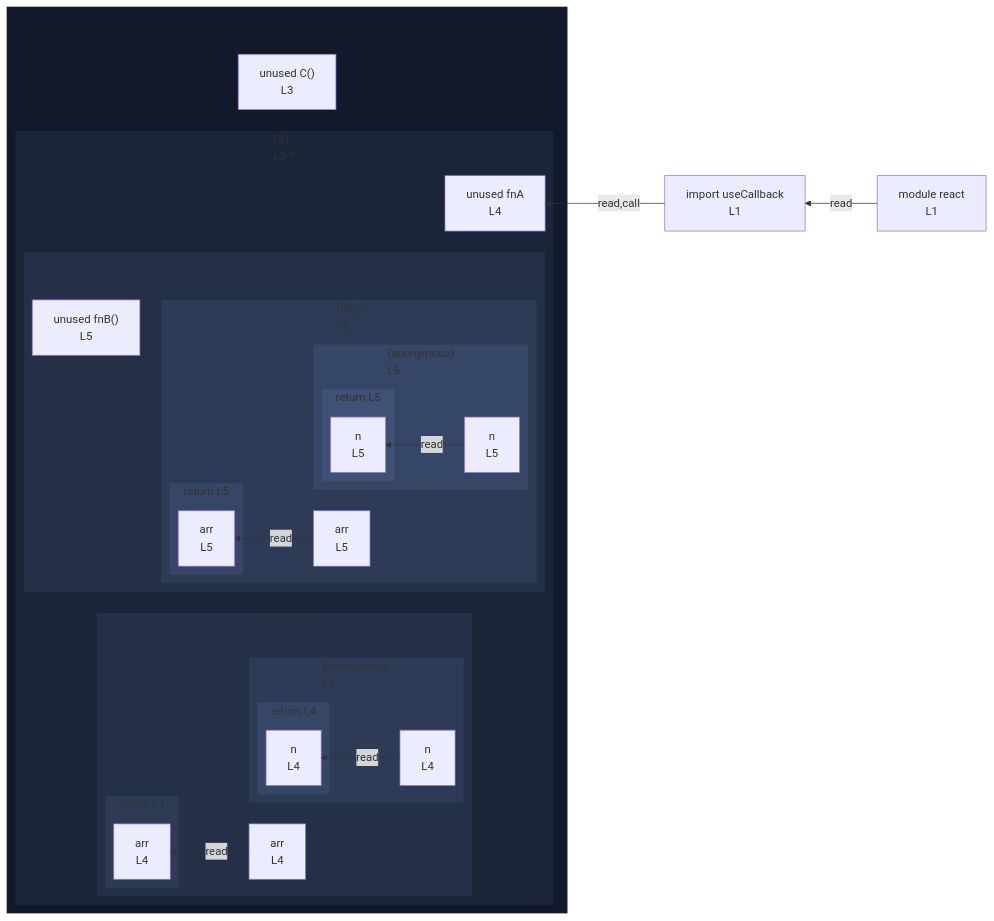
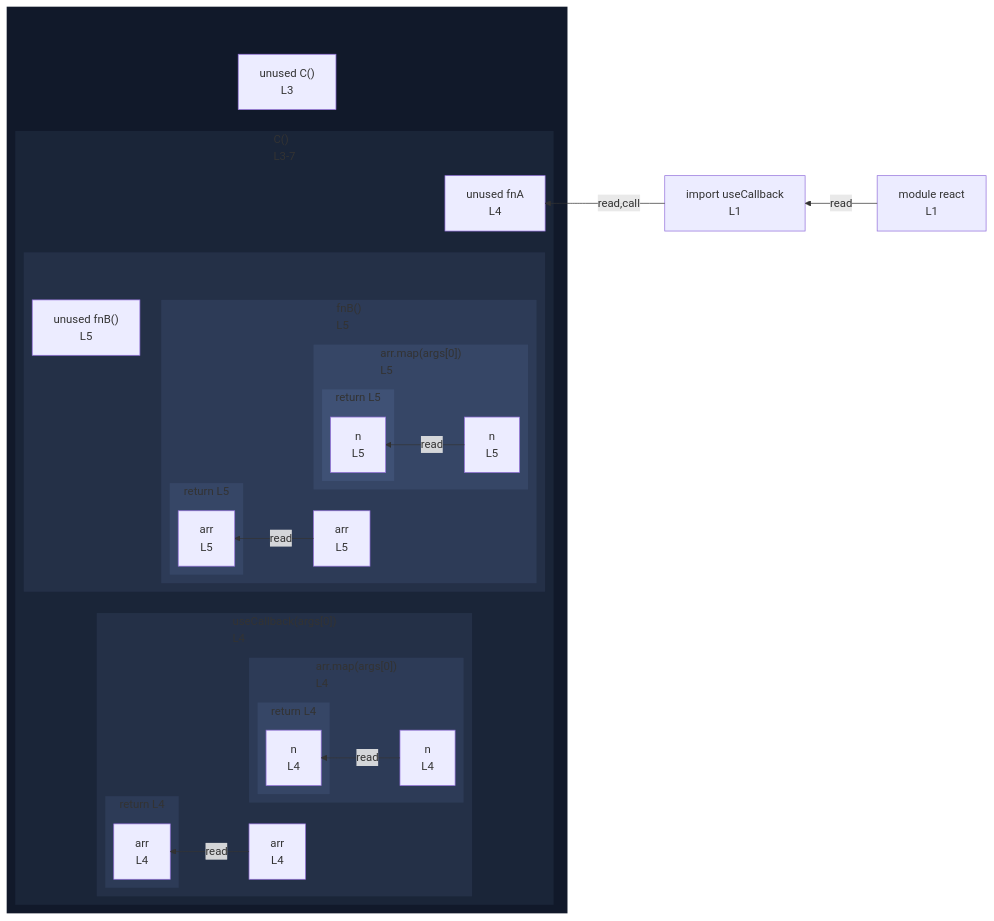
Before and after one commit to crescware/unsnarl: the diagram in integration/fixtures/jsx/use-callback/preview.md, drawn with Mermaid. The commit also changed 71 other files, not shown here.

````diff
--- a/integration/fixtures/jsx/use-callback/preview.md
+++ b/integration/fixtures/jsx/use-callback/preview.md
@@ -17,73 +17,73 @@
 ```mermaid
 %%{init: {"flowchart": {"defaultRenderer": "elk"}}}%%
 flowchart RL
   n_scope_0_useCallback_9["import useCallback<br/>L1"]
   subgraph wrap_s_scope_1[" "]
     direction TB
     n_scope_0_C_44["unused C()<br/>L3"]
     subgraph s_scope_1["C()<br/>L3-7"]
       direction RL
       n_scope_1_fnA_64["unused fnA<br/>L4"]
-      subgraph s_scope_2["(anonymous)<br/>L4"]
+      subgraph s_scope_2["useCallback(args[0])<br/>L4"]
         direction RL
         n_scope_2_arr_83["arr<br/>L4"]
-        subgraph s_scope_3["(anonymous)<br/>L4"]
+        subgraph s_scope_3["arr.map(args[0])<br/>L4"]
           direction RL
           n_scope_3_n_110["n<br/>L4"]
           subgraph s_return_scope_0_C_44_116_121["return L4"]
             direction RL
             ret_use_ref_4["n<br/>L4"]
           end
         end
         subgraph s_return_scope_0_C_44_101_122["return L4"]
           direction RL
           ret_use_ref_3["arr<br/>L4"]
         end
       end
       subgraph wrap_s_scope_4[" "]
         direction TB
         n_scope_1_fnB_137["unused fnB()<br/>L5"]
         subgraph s_scope_4["fnB()<br/>L5"]
           direction RL
           n_scope_4_arr_144["arr<br/>L5"]
-          subgraph s_scope_5["(anonymous)<br/>L5"]
+          subgraph s_scope_5["arr.map(args[0])<br/>L5"]
             direction RL
             n_scope_5_n_171["n<br/>L5"]
             subgraph s_return_scope_1_fnB_137_177_182["return L5"]
               direction RL
               ret_use_ref_7["n<br/>L5"]
             end
           end
           subgraph s_return_scope_1_fnB_137_162_183["return L5"]
             direction RL
             ret_use_ref_6["arr<br/>L5"]
           end
         end
       end
     end
   end
   n_scope_0_useCallback_9 -->|read,call| n_scope_1_fnA_64
   n_scope_2_arr_83 -->|read| ret_use_ref_3
   n_scope_3_n_110 -->|read| ret_use_ref_4
   n_scope_4_arr_144 -->|read| ret_use_ref_6
   n_scope_5_n_171 -->|read| ret_use_ref_7
   mod_react["module react<br/>L1"]
   mod_react -->|read| n_scope_0_useCallback_9
   classDef nestL1 fill:#11192a,stroke:transparent;
   class wrap_s_scope_1 nestL1;
   classDef nestL2 fill:#1a2538,stroke:transparent;
   class s_scope_1 nestL2;
   classDef nestL3 fill:#243047,stroke:transparent;
   class s_scope_2 nestL3;
   class wrap_s_scope_4 nestL3;
   classDef nestL4 fill:#2d3b57,stroke:transparent;
   class s_scope_3 nestL4;
   class s_return_scope_0_C_44_101_122 nestL4;
   class s_scope_4 nestL4;
   classDef nestL5 fill:#364666,stroke:transparent;
   class s_return_scope_0_C_44_116_121 nestL5;
   class s_scope_5 nestL5;
   class s_return_scope_1_fnB_137_162_183 nestL5;
   classDef nestL6 fill:#3f5175,stroke:transparent;
   class s_return_scope_1_fnB_137_177_182 nestL6;
 ```
````
